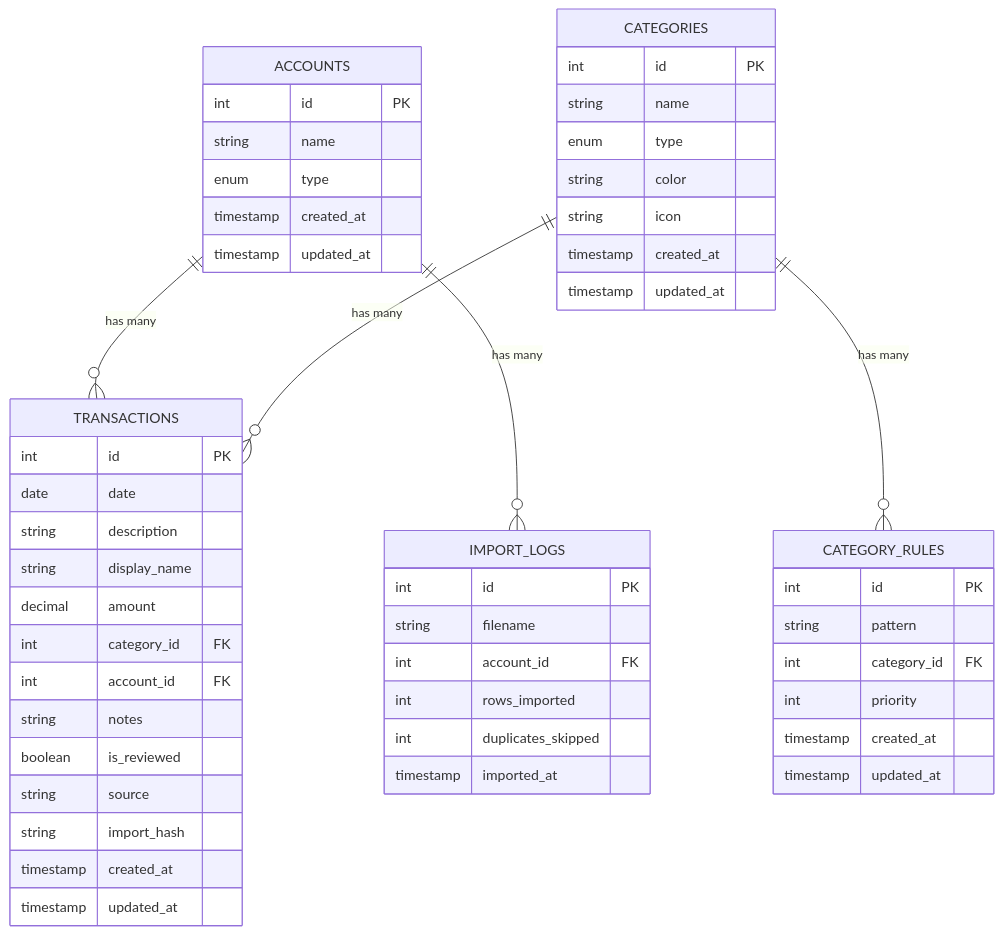
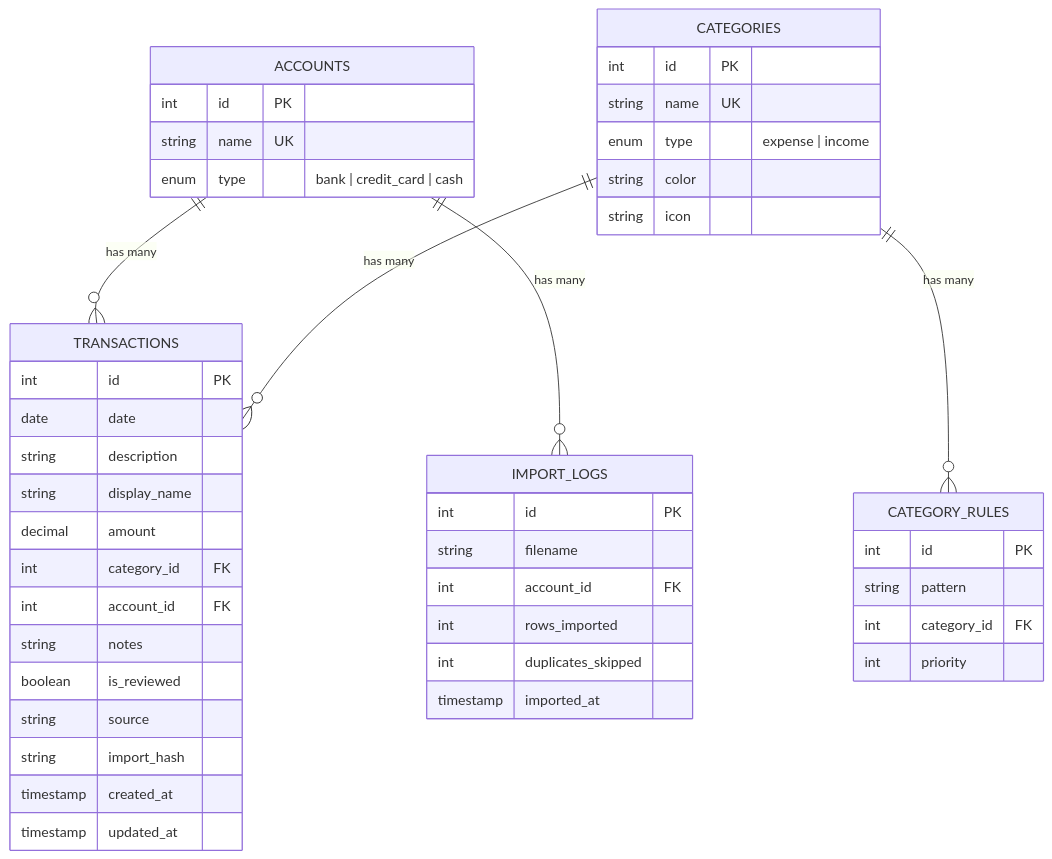
Before and after one commit to annovi/spending-tracker: the sixth of 7 diagrams in docs/architecture.md, drawn with Mermaid. The commit also changed other lines of this file and 72 other files, not shown here.

````diff
--- a/docs/architecture.md
+++ b/docs/architecture.md
@@ -142,59 +263,53 @@
 ```mermaid
 erDiagram
     ACCOUNTS {
         int id PK
-        string name
-        enum type
-        timestamp created_at
-        timestamp updated_at
+        string name UK
+        enum type "bank | credit_card | cash"
     }
-    
+
     CATEGORIES {
         int id PK
-        string name
-        enum type
+        string name UK
+        enum type "expense | income"
         string color
         string icon
-        timestamp created_at
-        timestamp updated_at
     }
-    
+
     CATEGORY_RULES {
         int id PK
         string pattern
         int category_id FK
         int priority
-        timestamp created_at
-        timestamp updated_at
     }
-    
+
     TRANSACTIONS {
         int id PK
         date date
         string description
         string display_name
         decimal amount
         int category_id FK
         int account_id FK
         string notes
         boolean is_reviewed
         string source
         string import_hash
         timestamp created_at
         timestamp updated_at
     }
-    
+
     IMPORT_LOGS {
         int id PK
         string filename
         int account_id FK
         int rows_imported
         int duplicates_skipped
         timestamp imported_at
     }
-    
+
     ACCOUNTS ||--o{ TRANSACTIONS : "has many"
     CATEGORIES ||--o{ TRANSACTIONS : "has many"
     CATEGORIES ||--o{ CATEGORY_RULES : "has many"
     ACCOUNTS ||--o{ IMPORT_LOGS : "has many"
 ```
````
